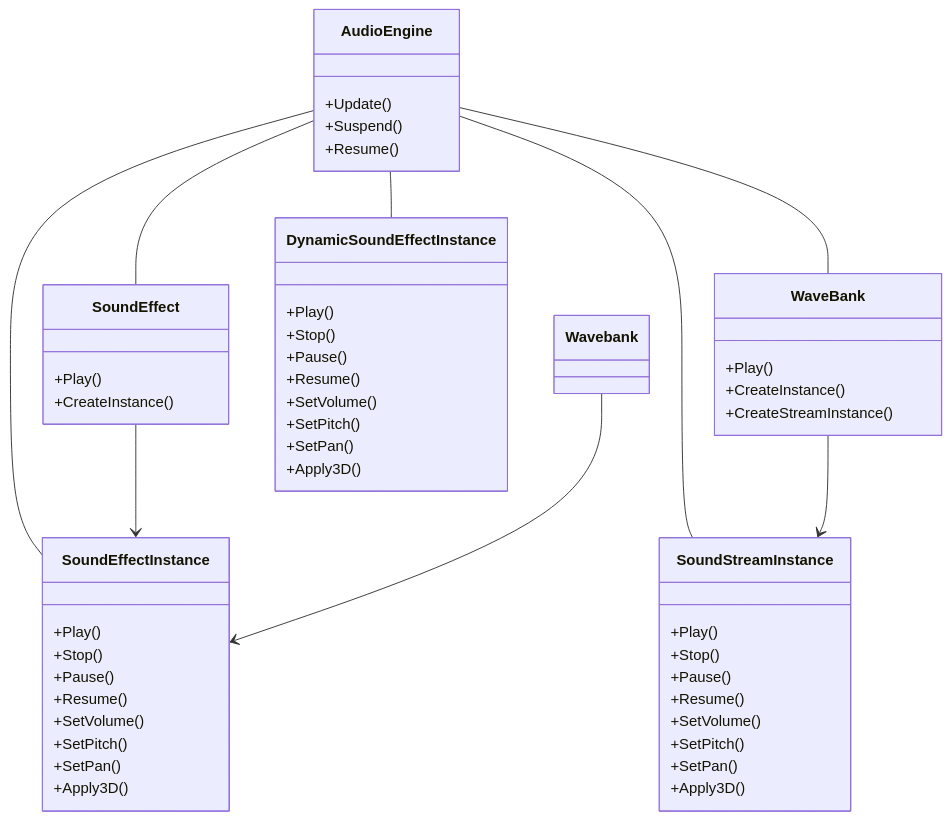
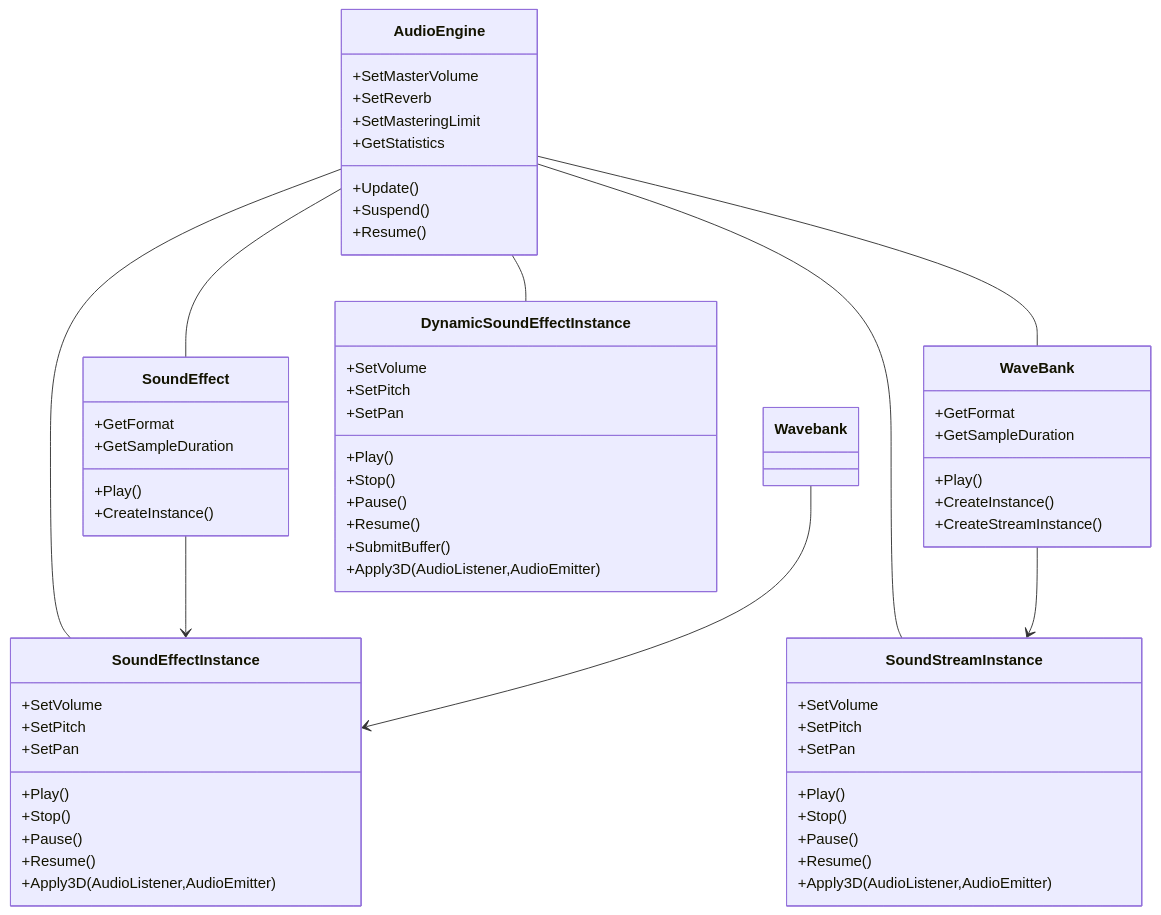
One commit to neogrammer/Wiki changed the first of 2 diagrams in Audio.md. Above: the diagram before and after it, drawn with Mermaid. The commit also changed other lines of this file, not shown here.

Commit message:
Updated Audio (markdown)

````diff
--- a/Audio.md
+++ b/Audio.md
@@ -18,55 +18,64 @@
 ```mermaid
 classDiagram
 class AudioEngine{
+   +SetMasterVolume
+   +SetReverb
+   +SetMasteringLimit
+   +GetStatistics
    +Update()
    +Suspend()
    +Resume()
 }
 class SoundEffect{
+   +GetFormat
+   +GetSampleDuration
    +Play()
    +CreateInstance()
 }
 class WaveBank{
+   +GetFormat
+   +GetSampleDuration
    +Play()
    +CreateInstance()
    +CreateStreamInstance()
 }
 class SoundEffectInstance{
+   +SetVolume
+   +SetPitch
+   +SetPan
    +Play()
    +Stop()
    +Pause()
    +Resume()
-   +SetVolume()
-   +SetPitch()
-   +SetPan()
-   +Apply3D()
+   +Apply3D(AudioListener,AudioEmitter)
 }
 class SoundStreamInstance{
+   +SetVolume
+   +SetPitch
+   +SetPan
    +Play()
    +Stop()
    +Pause()
    +Resume()
-   +SetVolume()
-   +SetPitch()
-   +SetPan()
-   +Apply3D()
+   +Apply3D(AudioListener,AudioEmitter)
 }
 class DynamicSoundEffectInstance{
+   +SetVolume
+   +SetPitch
+   +SetPan
    +Play()
    +Stop()
    +Pause()
    +Resume()
-   +SetVolume()
-   +SetPitch()
-   +SetPan()
-   +Apply3D()
+   +SubmitBuffer()
+   +Apply3D(AudioListener,AudioEmitter)
 }
 AudioEngine -- SoundEffect
 AudioEngine -- WaveBank
 AudioEngine -- SoundEffectInstance
 AudioEngine -- SoundStreamInstance
 AudioEngine -- DynamicSoundEffectInstance
 SoundEffect --> SoundEffectInstance
 Wavebank --> SoundEffectInstance
 WaveBank --> SoundStreamInstance
 ```
````
